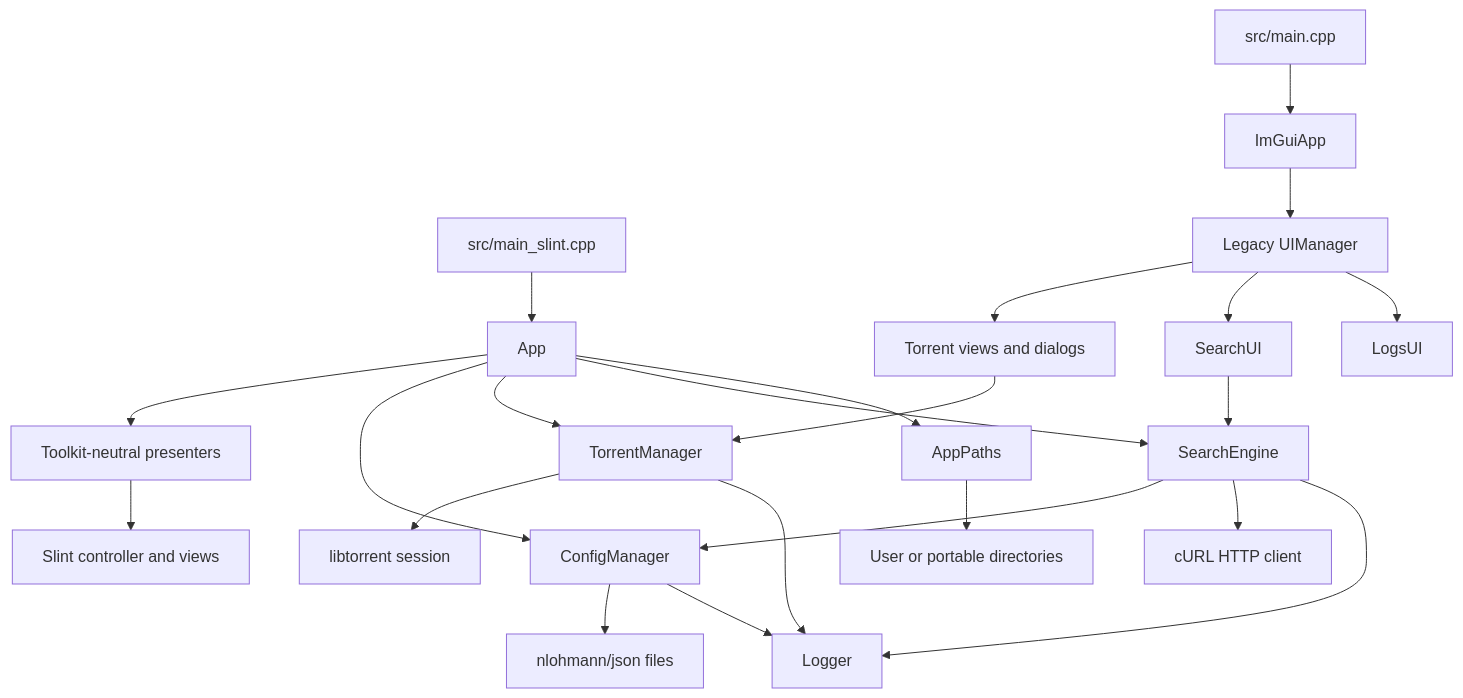
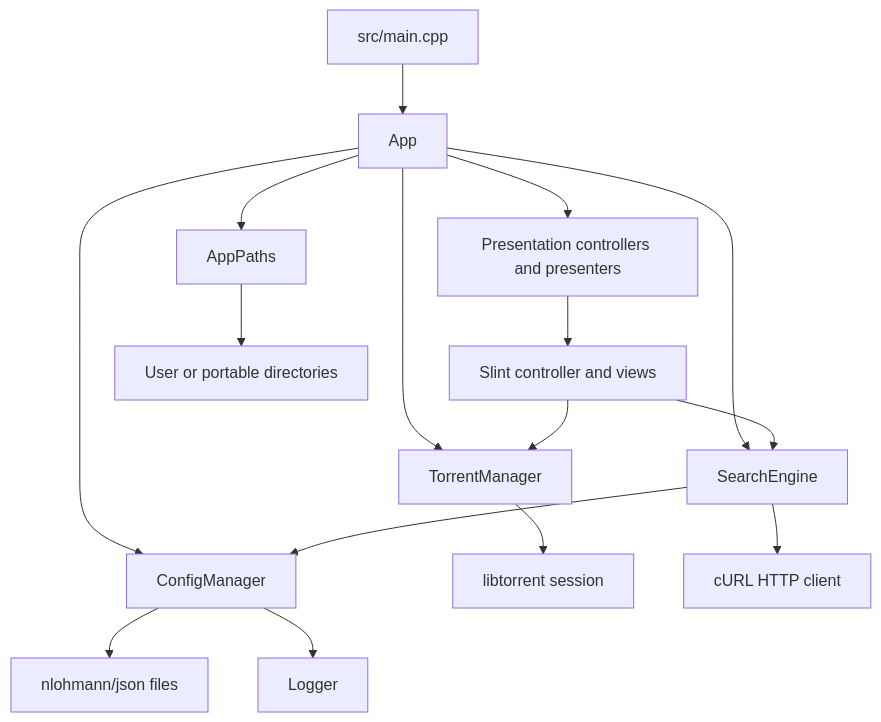
One commit to gkehren/hypertube changed the first of 2 diagrams in docs/architecture.md. Above: the diagram before and after it, drawn with Mermaid. The commit also changed other lines of this file and 35 other files, not shown here.

````diff
--- a/docs/architecture.md
+++ b/docs/architecture.md
@@ -10,25 +8,18 @@
 ```mermaid
 flowchart TD
-    Main[src/main_slint.cpp] --> App[App]
-    Legacy[src/main.cpp] --> ImGuiApp[ImGuiApp]
-    App --> Presenters[Toolkit-neutral presenters]
+    Main[src/main.cpp] --> App[App]
+    App --> Presenters[Presentation controllers and presenters]
     Presenters --> Slint[Slint controller and views]
-    ImGuiApp --> UI[Legacy UIManager]
     App --> Config[ConfigManager]
     App --> Torrents[TorrentManager]
     App --> Search[SearchEngine]
-    UI --> TorrentUI[Torrent views and dialogs]
-    UI --> SearchUI[SearchUI]
-    UI --> LogsUI[LogsUI]
-    TorrentUI --> Torrents
-    SearchUI --> Search
+    Slint --> Torrents
+    Slint --> Search
     Search --> Config
     Torrents --> Libtorrent[libtorrent session]
     Search --> Curl[cURL HTTP client]
     Config --> Json[nlohmann/json files]
     Config --> Logger[Logger]
-    Torrents --> Logger
-    Search --> Logger
     App --> Paths[AppPaths]
     Paths --> Filesystem[User or portable directories]
 ```
````
